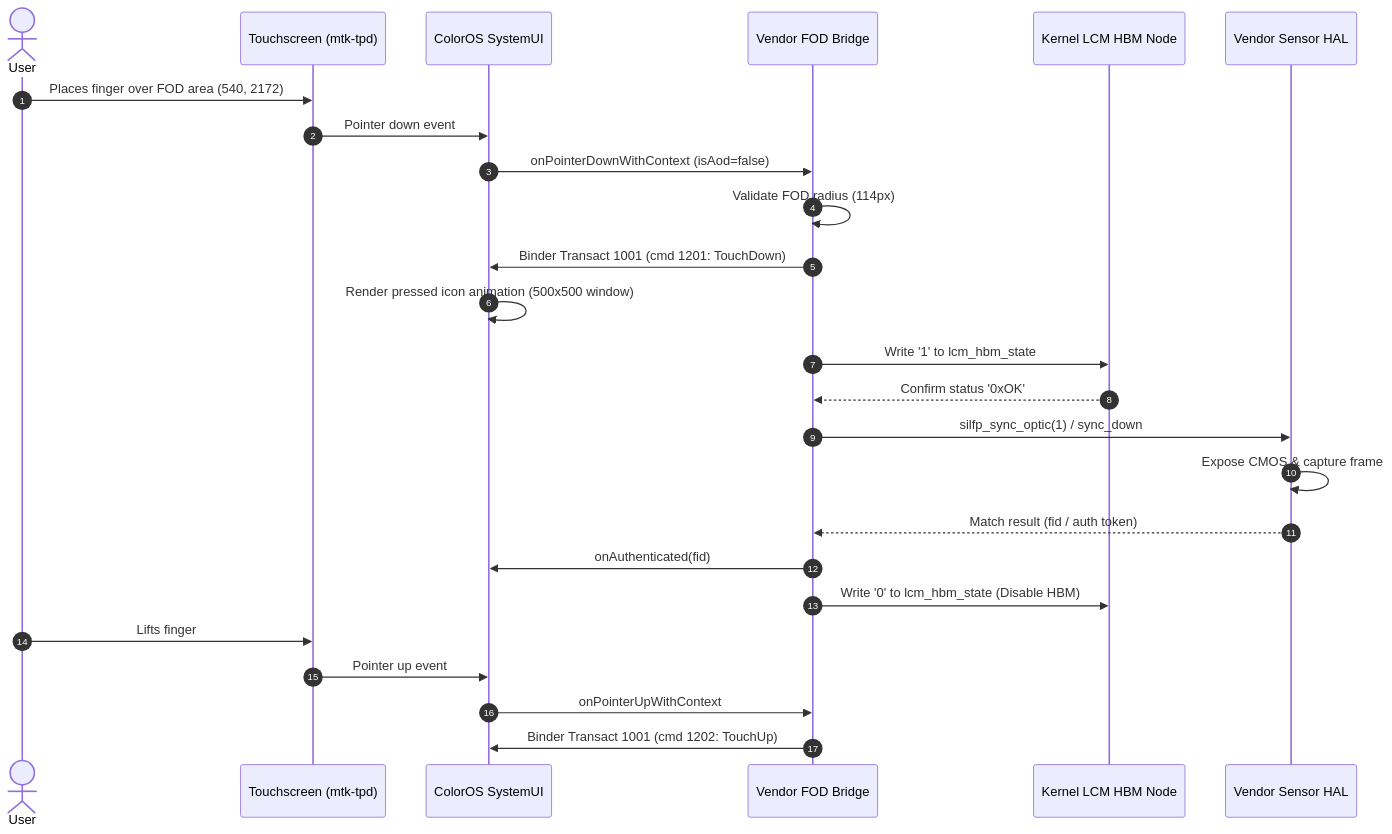
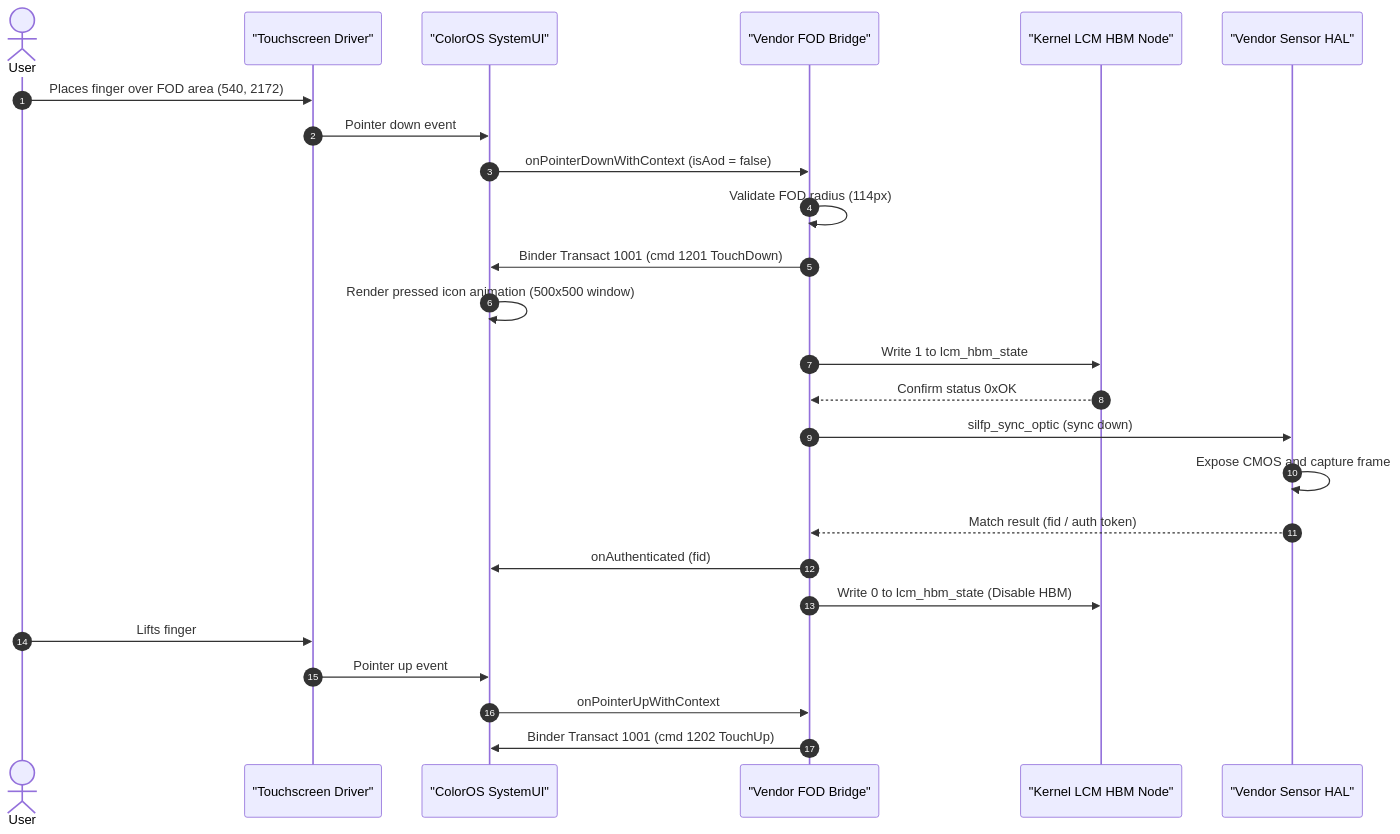
One commit to RapliVx/Oplus-UDFPS-Bridge-Transsion changed the second of 4 diagrams in README.md. Above: the diagram before and after it, drawn with Mermaid. The commit also changed other lines of this file, not shown here.

First line of the commit message:
docs(readme): fix mermaid diagrams and file paths

````diff
--- a/README.md
+++ b/README.md
@@ -93,28 +93,28 @@
 ```mermaid
 sequenceDiagram
     autonumber
     actor User as User
-    participant TP as Touchscreen (mtk-tpd)
-    participant UI as ColorOS SystemUI
-    participant Bridge as Vendor FOD Bridge
-    participant HBM as Kernel LCM HBM Node
-    participant Sensor as Vendor Sensor HAL
+    participant TP as "Touchscreen Driver"
+    participant UI as "ColorOS SystemUI"
+    participant Bridge as "Vendor FOD Bridge"
+    participant HBM as "Kernel LCM HBM Node"
+    participant Sensor as "Vendor Sensor HAL"
 
     User->>TP: Places finger over FOD area (540, 2172)
     TP->>UI: Pointer down event
-    UI->>Bridge: onPointerDownWithContext (isAod=false)
+    UI->>Bridge: onPointerDownWithContext (isAod = false)
     Bridge->>Bridge: Validate FOD radius (114px)
-    Bridge->>UI: Binder Transact 1001 (cmd 1201: TouchDown)
+    Bridge->>UI: Binder Transact 1001 (cmd 1201 TouchDown)
     UI->>UI: Render pressed icon animation (500x500 window)
-    Bridge->>HBM: Write '1' to lcm_hbm_state
-    HBM-->>Bridge: Confirm status '0xOK'
-    Bridge->>Sensor: silfp_sync_optic(1) / sync_down
-    Sensor->>Sensor: Expose CMOS & capture frame
+    Bridge->>HBM: Write 1 to lcm_hbm_state
+    HBM-->>Bridge: Confirm status 0xOK
+    Bridge->>Sensor: silfp_sync_optic (sync down)
+    Sensor->>Sensor: Expose CMOS and capture frame
     Sensor-->>Bridge: Match result (fid / auth token)
-    Bridge->>UI: onAuthenticated(fid)
-    Bridge->>HBM: Write '0' to lcm_hbm_state (Disable HBM)
+    Bridge->>UI: onAuthenticated (fid)
+    Bridge->>HBM: Write 0 to lcm_hbm_state (Disable HBM)
     User->>TP: Lifts finger
     TP->>UI: Pointer up event
     UI->>Bridge: onPointerUpWithContext
-    Bridge->>UI: Binder Transact 1001 (cmd 1202: TouchUp)
+    Bridge->>UI: Binder Transact 1001 (cmd 1202 TouchUp)
 ```
````
